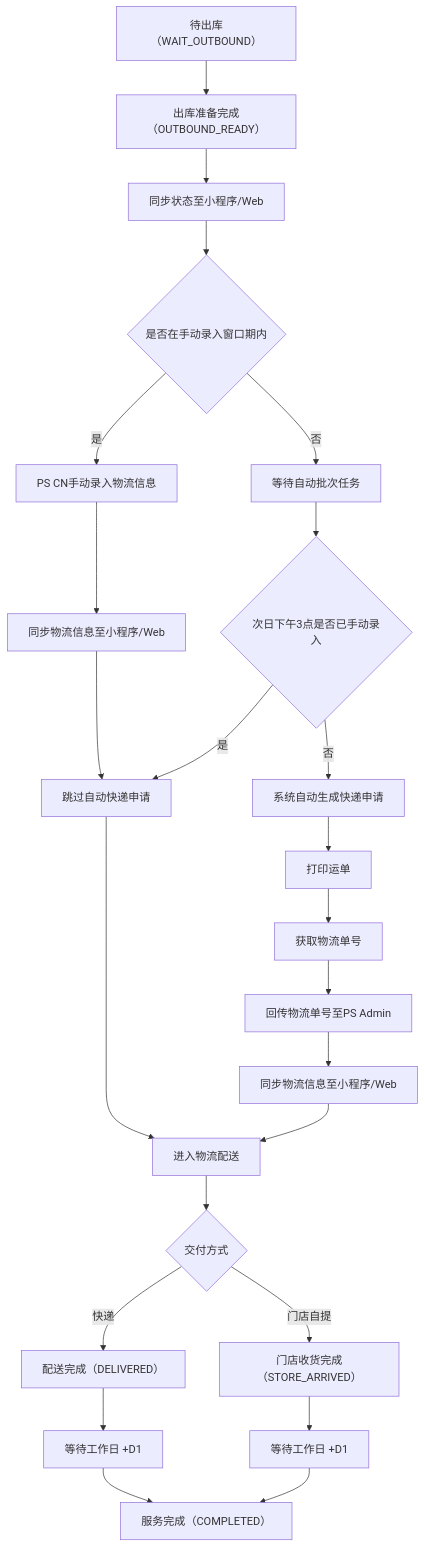
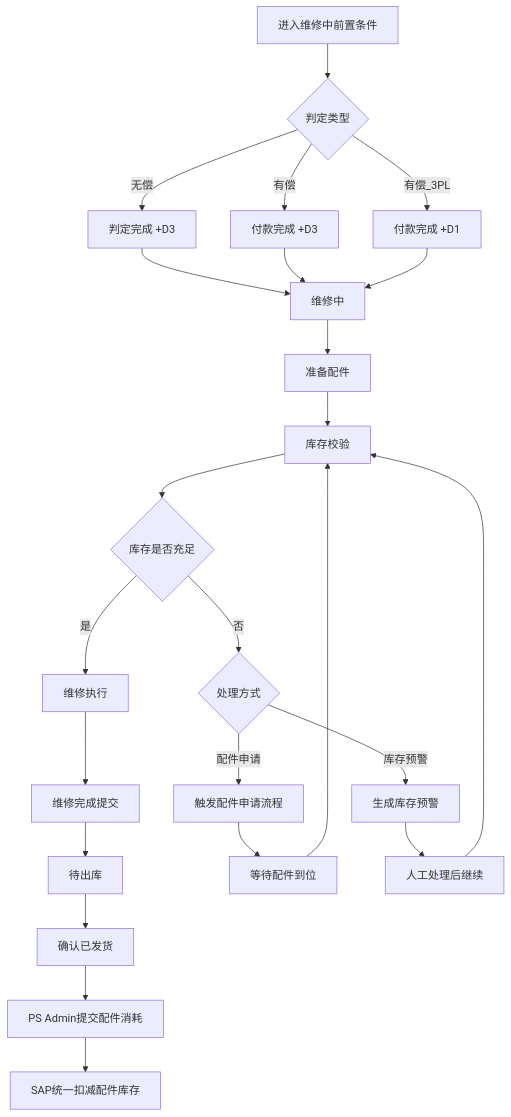
Before and after one commit to guguohai/gmps: the sixth of 38 diagrams in 文档/GM系统需求说明.md, drawn with Mermaid. The commit also changed other lines of this file, not shown here.

````diff
--- a/文档/GM系统需求说明.md
+++ b/文档/GM系统需求说明.md
@@ -614,33 +396,34 @@
 ```mermaid
 flowchart TD
 
-A[待出库（WAIT_OUTBOUND）] --> B[出库准备完成（OUTBOUND_READY）]
-B --> C[同步状态至小程序/Web]
+A0[进入维修中前置条件] --> A1{判定类型}
 
-C --> D{是否在手动录入窗口期内}
-D -->|是| E[PS CN手动录入物流信息]
-D -->|否| F[等待自动批次任务]
+A1 -->|无偿| A2[判定完成 +D3]
+A1 -->|有偿| A3[付款完成 +D3]
+A1 -->|有偿_3PL| A4[付款完成 +D1]
 
-E --> G[同步物流信息至小程序/Web]
-G --> H[跳过自动快递申请]
+A2 --> A[维修中]
+A3 --> A
+A4 --> A
 
-F --> I{次日下午3点是否已手动录入}
-I -->|是| H
-I -->|否| J[系统自动生成快递申请]
-J --> K[打印运单]
-K --> L[获取物流单号]
-L --> M[回传物流单号至PS Admin]
-M --> N[同步物流信息至小程序/Web]
+A --> B[准备配件]
 
-H --> O[进入物流配送]
-N --> O
+B --> G[库存校验]
+G --> H{库存是否充足}
 
-O --> P{交付方式}
-P -->|快递| Q[配送完成（DELIVERED）]
-Q --> R[等待工作日 +D1]
-R --> S[服务完成（COMPLETED）]
+H -->|是| E[维修执行]
+E --> I[维修完成提交]
+I --> T[待出库]
+T --> U[确认已发货]
+U --> J[PS Admin提交配件消耗]
+J --> K[SAP统一扣减配件库存]
 
-P -->|门店自提| T[门店收货完成（STORE_ARRIVED）]
-T --> U[等待工作日 +D1]
-U --> S
+H -->|否| N{处理方式}
+N -->|配件申请| O[触发配件申请流程]
+O --> P[等待配件到位]
+P --> G
+
+N -->|库存预警| Q[生成库存预警]
+Q --> R[人工处理后继续]
+R --> G
 ```
````
